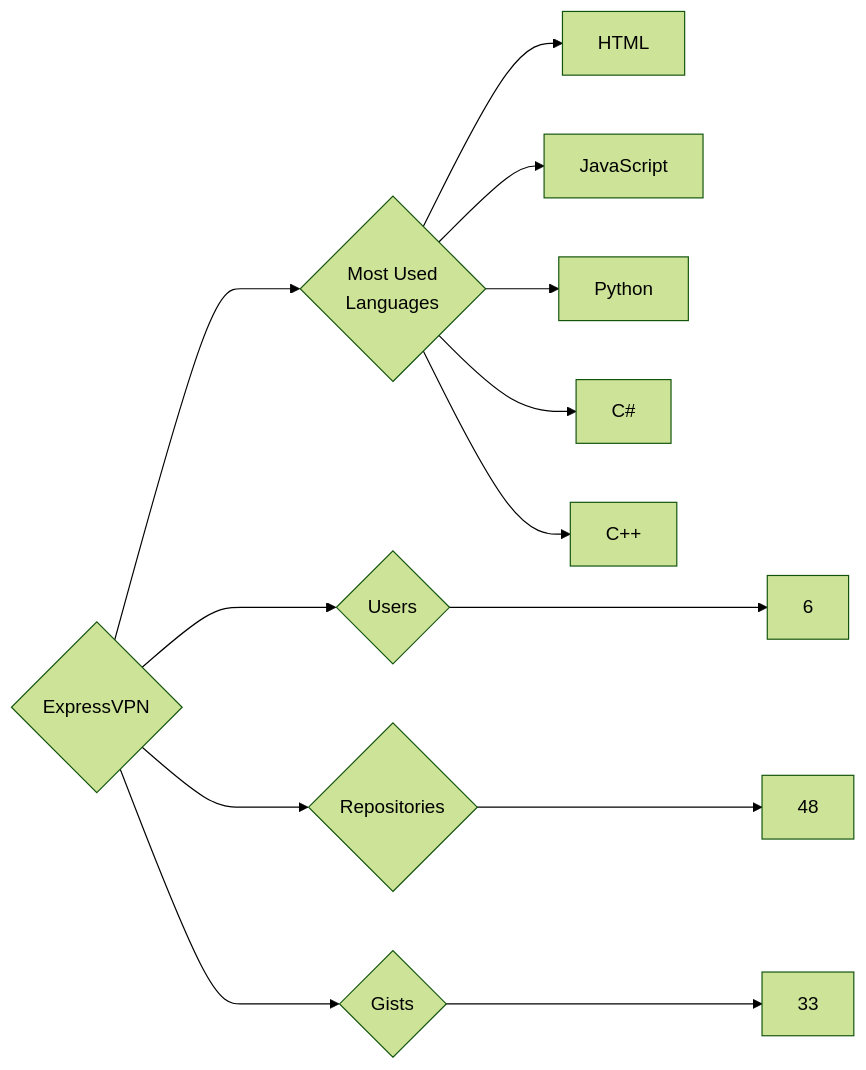
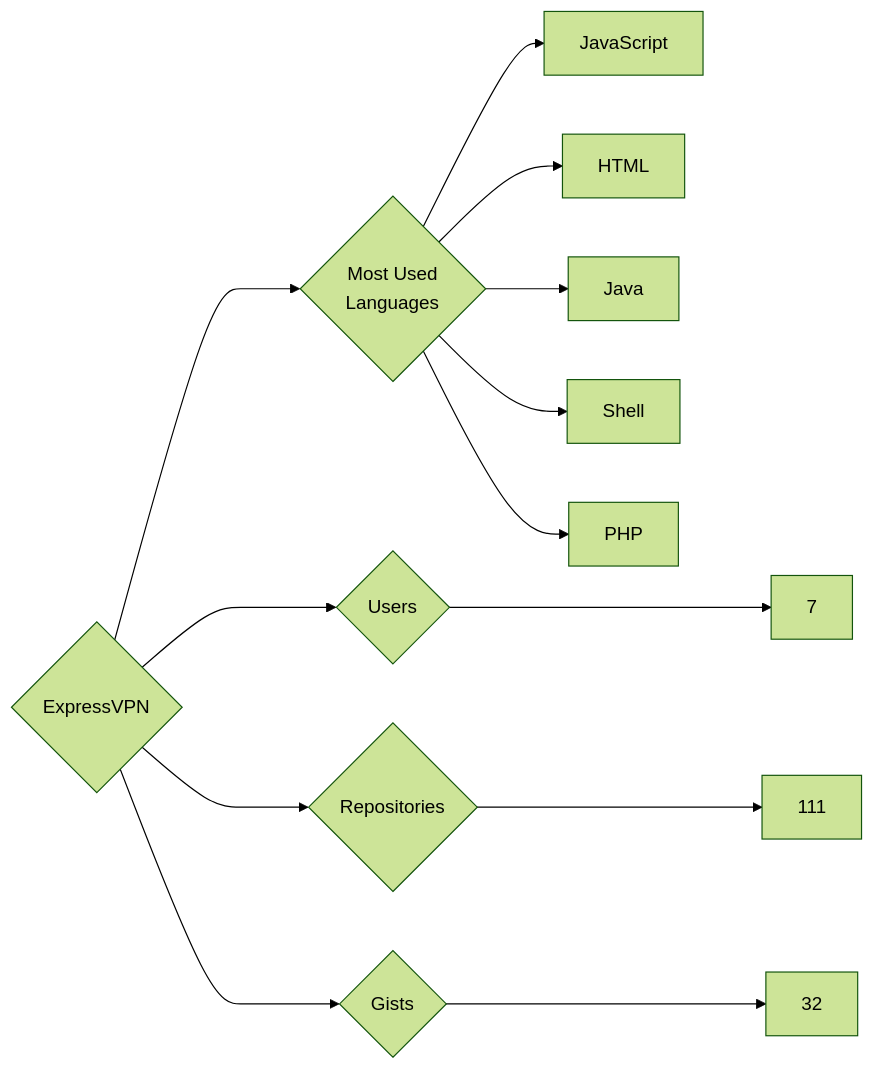
Before and after one commit to trickest/insiders: the diagram in targets/ExpressVPN/README.md, drawn with Mermaid (forest theme). The commit also changed 611 other files, not shown here.

````diff
--- a/targets/ExpressVPN/README.md
+++ b/targets/ExpressVPN/README.md
@@ -3,13 +3,13 @@
 ```mermaid
 graph LR
 COMPANY_NAME{ExpressVPN}
-COMPANY_NAME ---> U{Users} ---> UN[6]
-COMPANY_NAME ---> R{Repositories} ---> RN[48]
-COMPANY_NAME ---> G{Gists} ---> GN[33]
+COMPANY_NAME ---> U{Users} ---> UN[7]
+COMPANY_NAME ---> R{Repositories} ---> RN[111]
+COMPANY_NAME ---> G{Gists} ---> GN[32]
 COMPANY_NAME ---> ML{Most Used<br>Languages}
+ML --> JavaScript[JavaScript]
 ML --> HTML[HTML]
-ML --> JavaScript[JavaScript]
-ML --> Python[Python]
-ML --> C#[C#]
-ML --> C++[C++]
+ML --> Java[Java]
+ML --> Shell[Shell]
+ML --> PHP[PHP]
 ```
````
